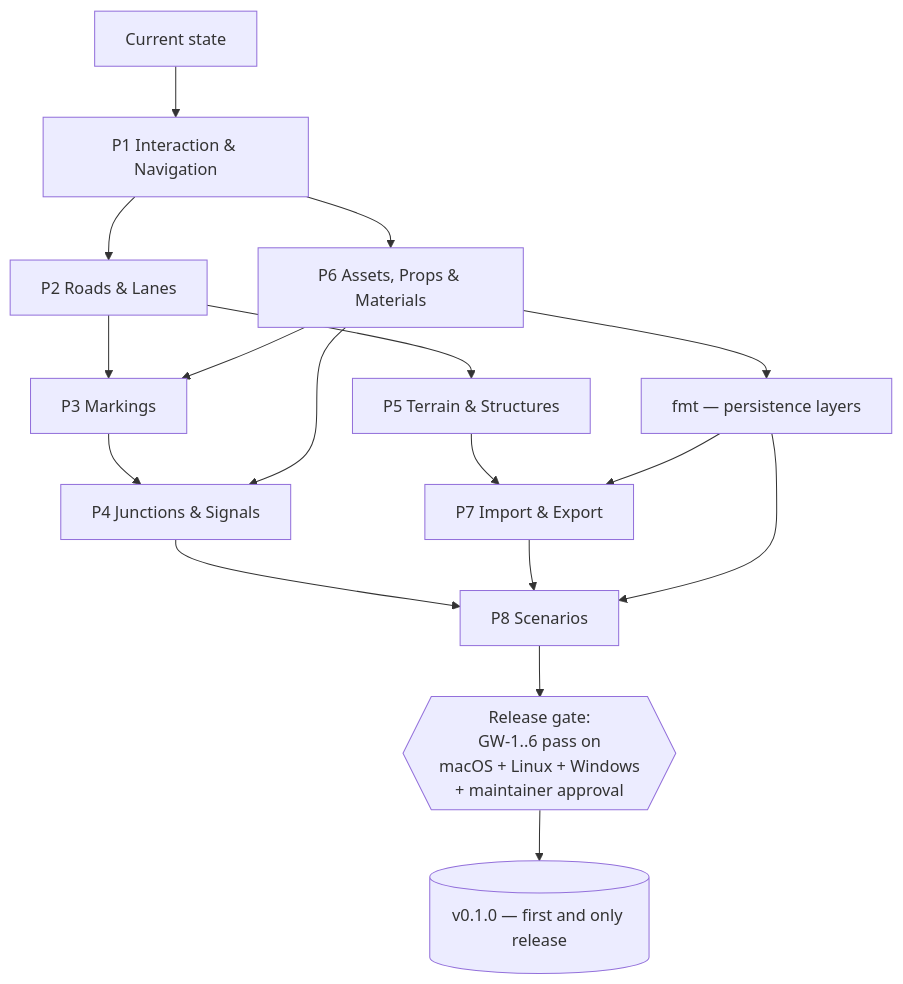
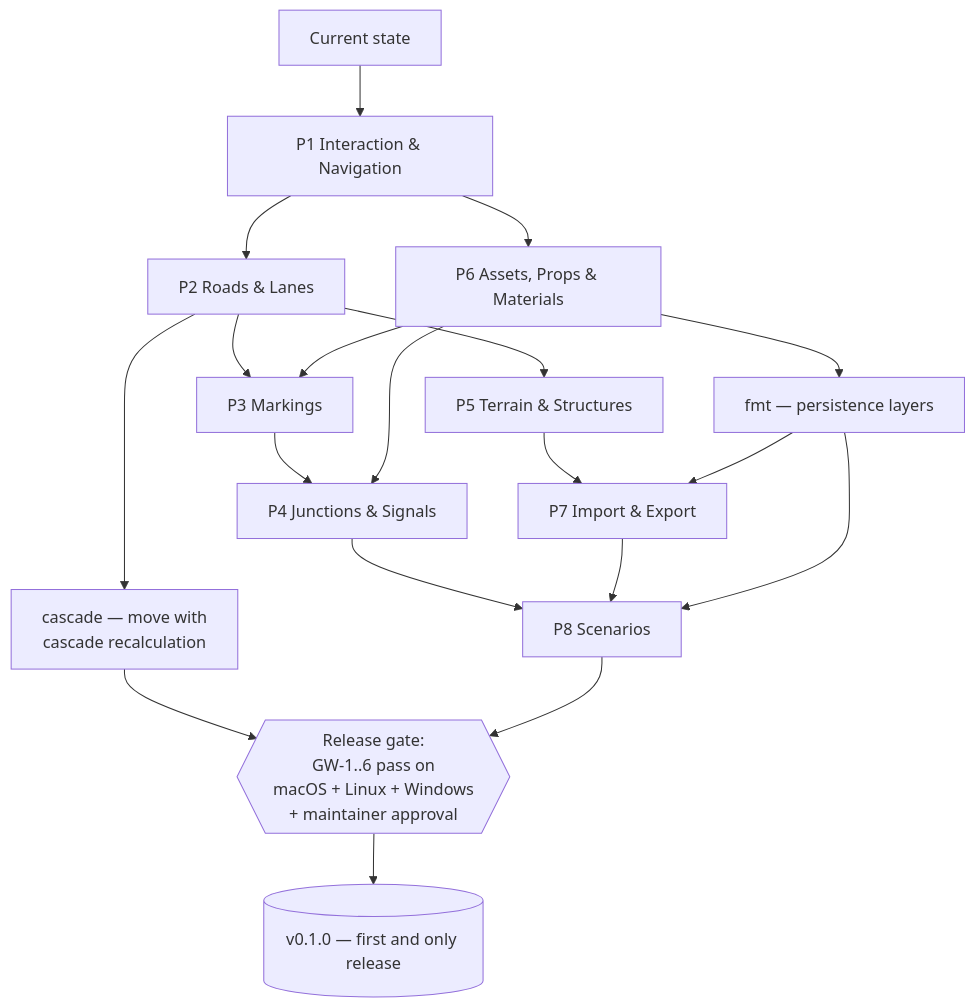
The diagram in docs/roadmap/README.md (Robomous/RoadMaker), drawn with Mermaid before and after one commit. The commit also changed other lines of this file and 5 other files, not shown here.

First line of the commit message:
docs(roadmap): 2026-07 field triage batch 2 — dispositions, release-gate amendment, pillar reopens (#397) (#407)

````diff
--- a/docs/roadmap/README.md
+++ b/docs/roadmap/README.md
@@ -59,19 +59,21 @@
 ```mermaid
 graph TD
     S[Current state] --> P1[P1 Interaction & Navigation]
     P1 --> P2[P2 Roads & Lanes]
     P1 --> P6[P6 Assets, Props & Materials]
     P2 --> P3[P3 Markings]
     P6 --> P3
     P2 --> P5[P5 Terrain & Structures]
     P3 --> P4[P4 Junctions & Signals]
     P6 --> P4
     P6 --> FMT[fmt — persistence layers]
     P5 --> P7[P7 Import & Export]
     FMT --> P7
     P4 --> P8[P8 Scenarios]
     P7 --> P8
     FMT --> P8
+    P2 --> CASC[cascade — move with<br/>cascade recalculation]
+    CASC --> GATE
     P8 --> GATE{{Release gate:<br/>GW-1..6 pass on<br/>macOS + Linux + Windows<br/>+ maintainer approval}}
     GATE --> R[(v0.1.0 — first and only release)]
 ```
````
